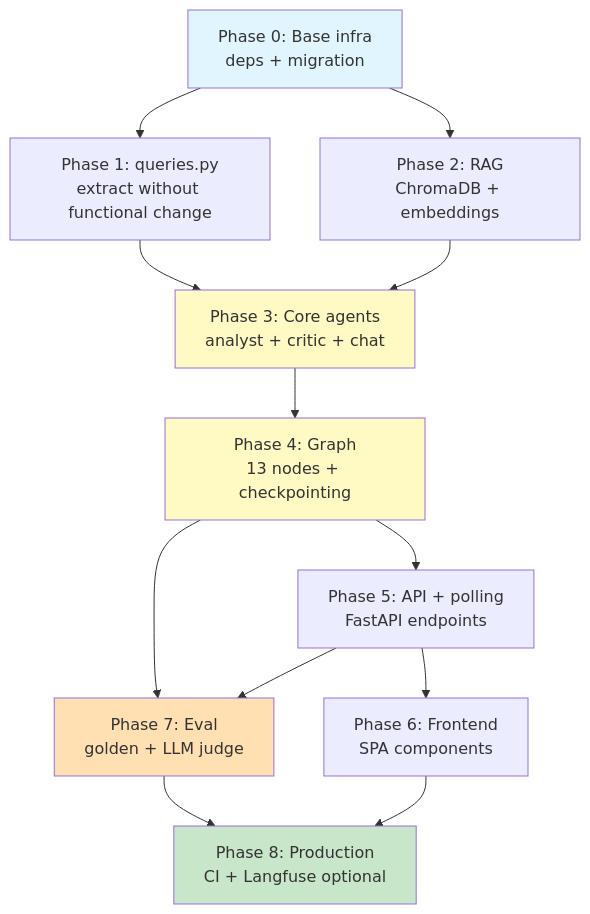
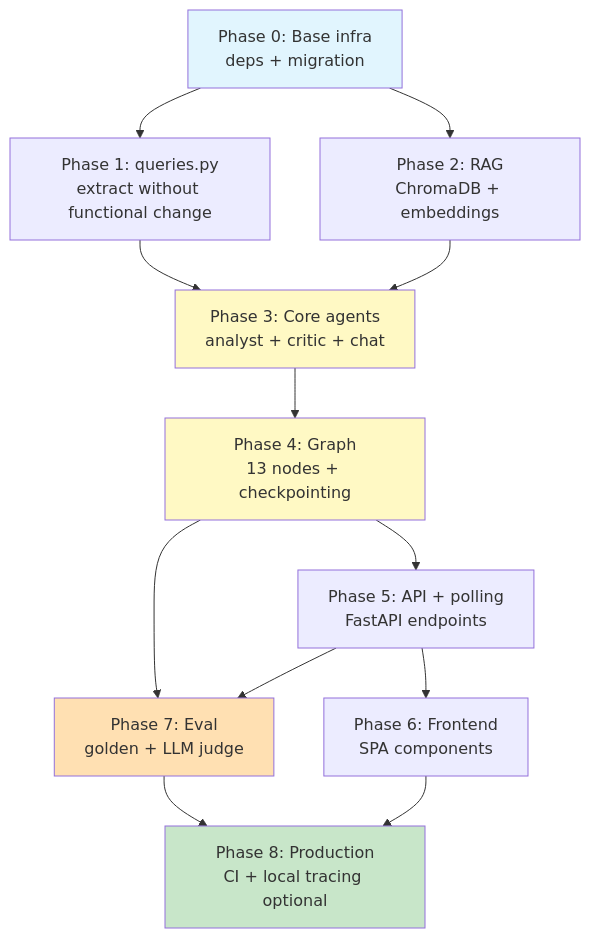
Before and after one commit to Club-Deportivo-Trocha-y-Ruta/mi: the second of 3 diagrams in docs/10-race-results/v2-implementation-workflow.md, drawn with Mermaid. The commit also changed other lines of this file and 36 other files, not shown here.

````diff
--- a/docs/10-race-results/v2-implementation-workflow.md
+++ b/docs/10-race-results/v2-implementation-workflow.md
@@ -99,20 +99,20 @@
 ```mermaid
 graph TD
     F0[Phase 0: Base infra<br/>deps + migration] --> F1[Phase 1: queries.py<br/>extract without functional change]
     F0 --> F2[Phase 2: RAG<br/>ChromaDB + embeddings]
     F1 --> F3[Phase 3: Core agents<br/>analyst + critic + chat]
     F2 --> F3
     F3 --> F4[Phase 4: Graph<br/>13 nodes + checkpointing]
     F4 --> F5[Phase 5: API + polling<br/>FastAPI endpoints]
     F5 --> F6[Phase 6: Frontend<br/>SPA components]
     F4 --> F7[Phase 7: Eval<br/>golden + LLM judge]
     F5 --> F7
-    F7 --> F8[Phase 8: Production<br/>CI + Langfuse optional]
+    F7 --> F8[Phase 8: Production<br/>CI + local tracing optional]
     F6 --> F8
 
     style F0 fill:#e1f5fe
     style F3 fill:#fff9c4
     style F4 fill:#fff9c4
     style F7 fill:#ffe0b2
     style F8 fill:#c8e6c9
 ```
````
